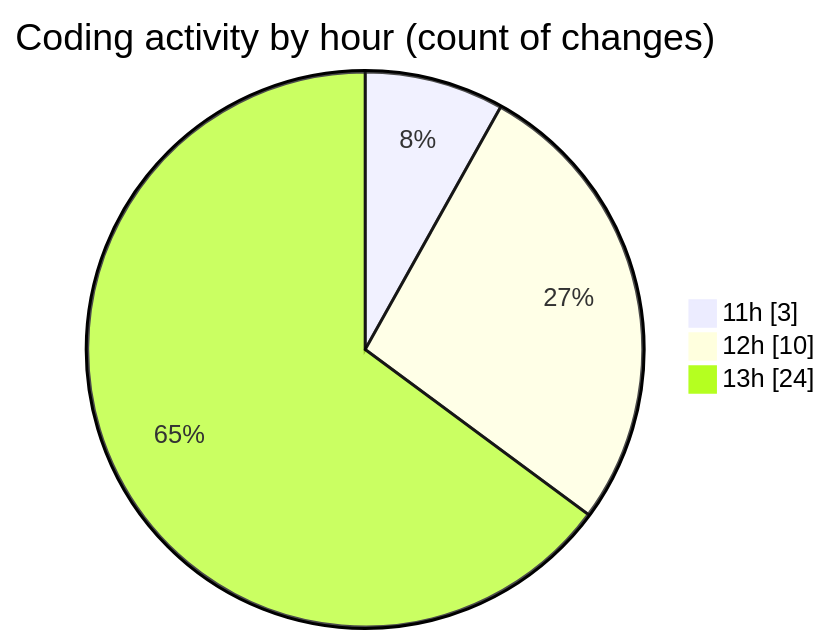
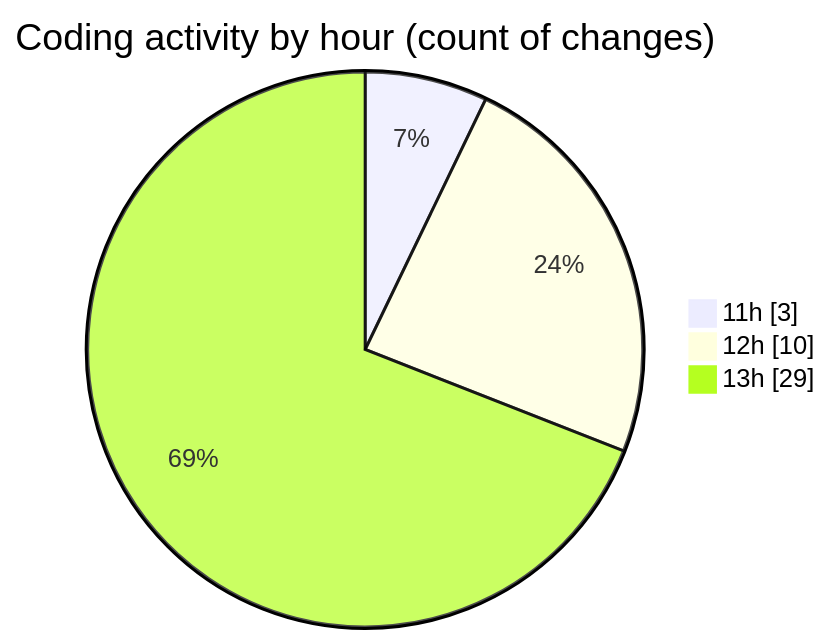
The second of 2 diagrams in 2025-09-09/nxtqube_webapp/README.md (nxtqubesakshisongat/code-tracking), drawn with Mermaid before and after one commit. The commit also changed other lines of this file and 1 other file, not shown here.

````diff
--- a/2025-09-09/nxtqube_webapp/README.md
+++ b/2025-09-09/nxtqube_webapp/README.md
@@ -30,7 +30,7 @@
 ```mermaid
 pie showData
 title Coding activity by hour (count of changes)
 "11h" : 3
 "12h" : 10
-"13h" : 24
+"13h" : 29
 ```
````
